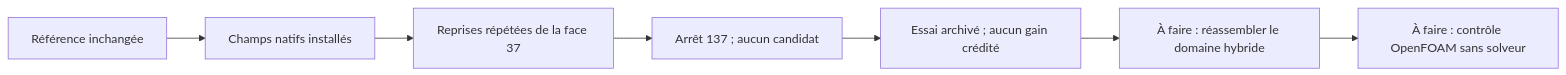
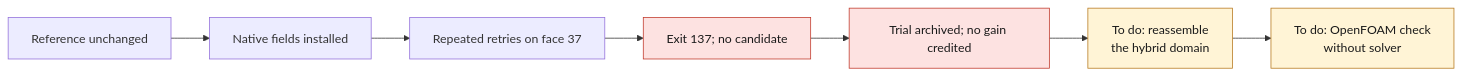
One commit to cluster2600/porscheparts changed the diagram in docs/reports/M64_NATIVE_SIZE_TRIAL_20260909.md. Above: the diagram before and after it, drawn with Mermaid. The commit also changed other lines of this file and 228 other files, not shown here.

````diff
--- a/docs/reports/M64_NATIVE_SIZE_TRIAL_20260909.md
+++ b/docs/reports/M64_NATIVE_SIZE_TRIAL_20260909.md
@@ -105,9 +105,13 @@
 ```mermaid
 flowchart LR
-    A["Référence inchangée"] --> B["Champs natifs installés"]
-    B --> C["Reprises répétées de la face 37"]
-    C --> D["Arrêt 137 ; aucun candidat"]
-    D --> E["Essai archivé ; aucun gain crédité"]
-    E --> F["À faire : réassembler le domaine hybride"]
-    F --> G["À faire : contrôle OpenFOAM sans solveur"]
+    A["Reference unchanged"] --> B["Native fields installed"]
+    B --> C["Repeated retries on face 37"]
+    C --> D["Exit 137; no candidate"]
+    D --> E["Trial archived; no gain credited"]
+    E --> F["To do: reassemble<br/>the hybrid domain"]
+    F --> G["To do: OpenFOAM check<br/>without solver"]
+    classDef stop fill:#fde2e1,stroke:#c0392b,color:#1a1a1a;
+    classDef open fill:#fff4d6,stroke:#b7791f,color:#1a1a1a;
+    class D,E stop;
+    class F,G open;
 ```
````
